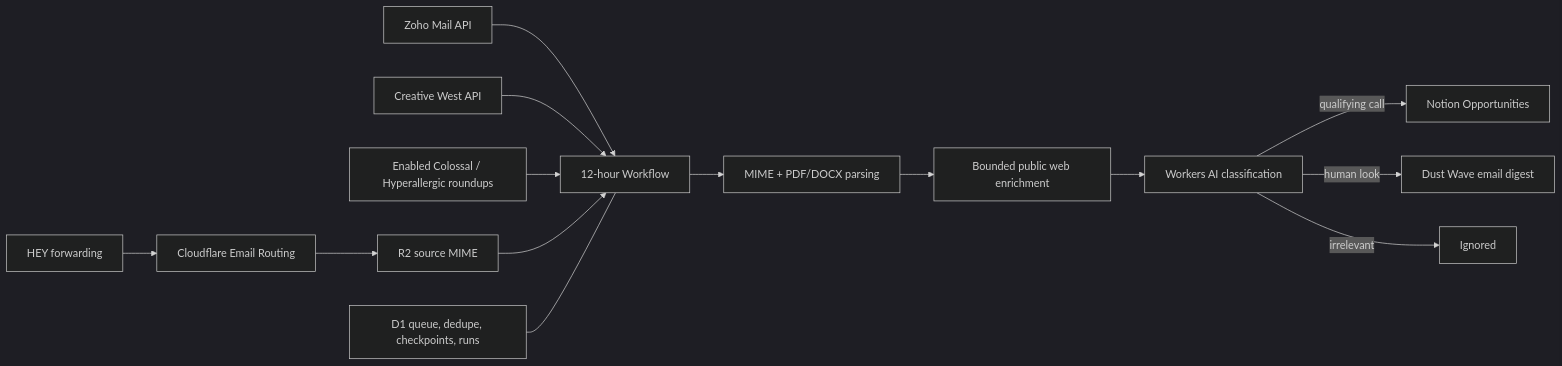
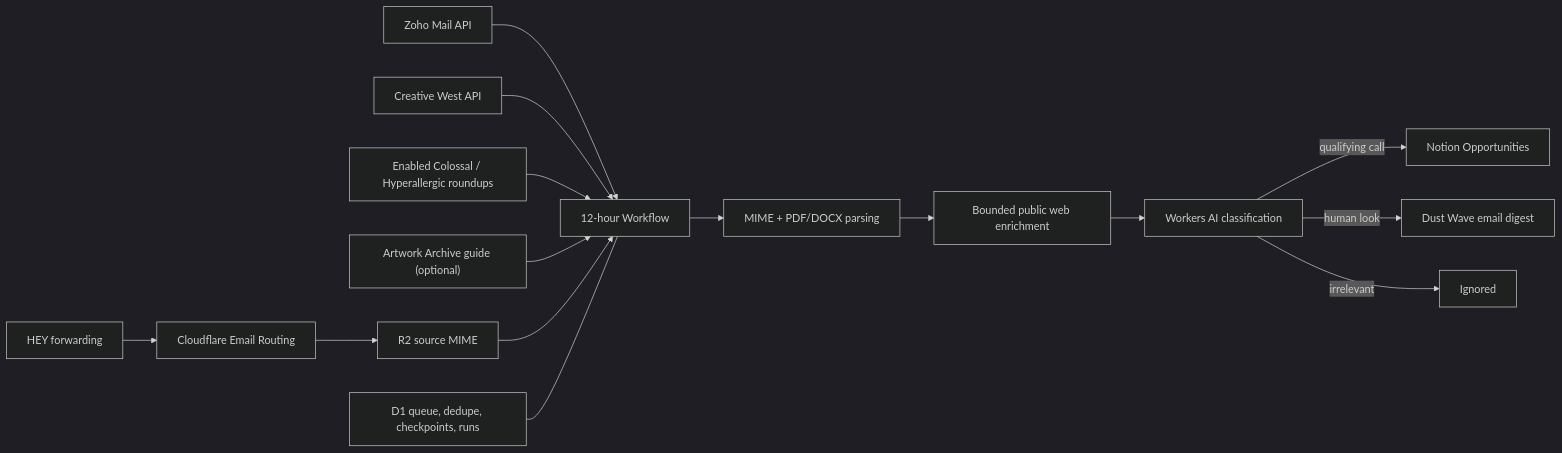
One commit to aindaco1/dust-wave-opportunity-radar changed the diagram in README.md. Above: the diagram before and after it, drawn with Mermaid (dark theme). The commit also changed other lines of this file and 42 other files, not shown here.

Commit message:
Add Artwork Archive filtered opportunity source

````diff
--- a/README.md
+++ b/README.md
@@ -24,16 +26,17 @@
 ```mermaid
 flowchart LR
   HEY["HEY forwarding"] --> Email["Cloudflare Email Routing"]
   Zoho["Zoho Mail API"] --> Workflow["12-hour Workflow"]
   CreativeWest["Creative West API"] --> Workflow
   Roundups["Enabled Colossal / Hyperallergic roundups"] --> Workflow
+  ArtworkArchive["Artwork Archive guide (optional)"] --> Workflow
   Email --> R2["R2 source MIME"]
   R2 --> Workflow
   Workflow --> Parse["MIME + PDF/DOCX parsing"]
   Parse --> Web["Bounded public web enrichment"]
   Web --> AI["Workers AI classification"]
   AI -->|"qualifying call"| Notion["Notion Opportunities"]
   AI -->|"human look"| Digest["Dust Wave email digest"]
   AI -->|"irrelevant"| Ignore["Ignored"]
   D1["D1 queue, dedupe, checkpoints, runs"] --- Workflow
 ```
````
